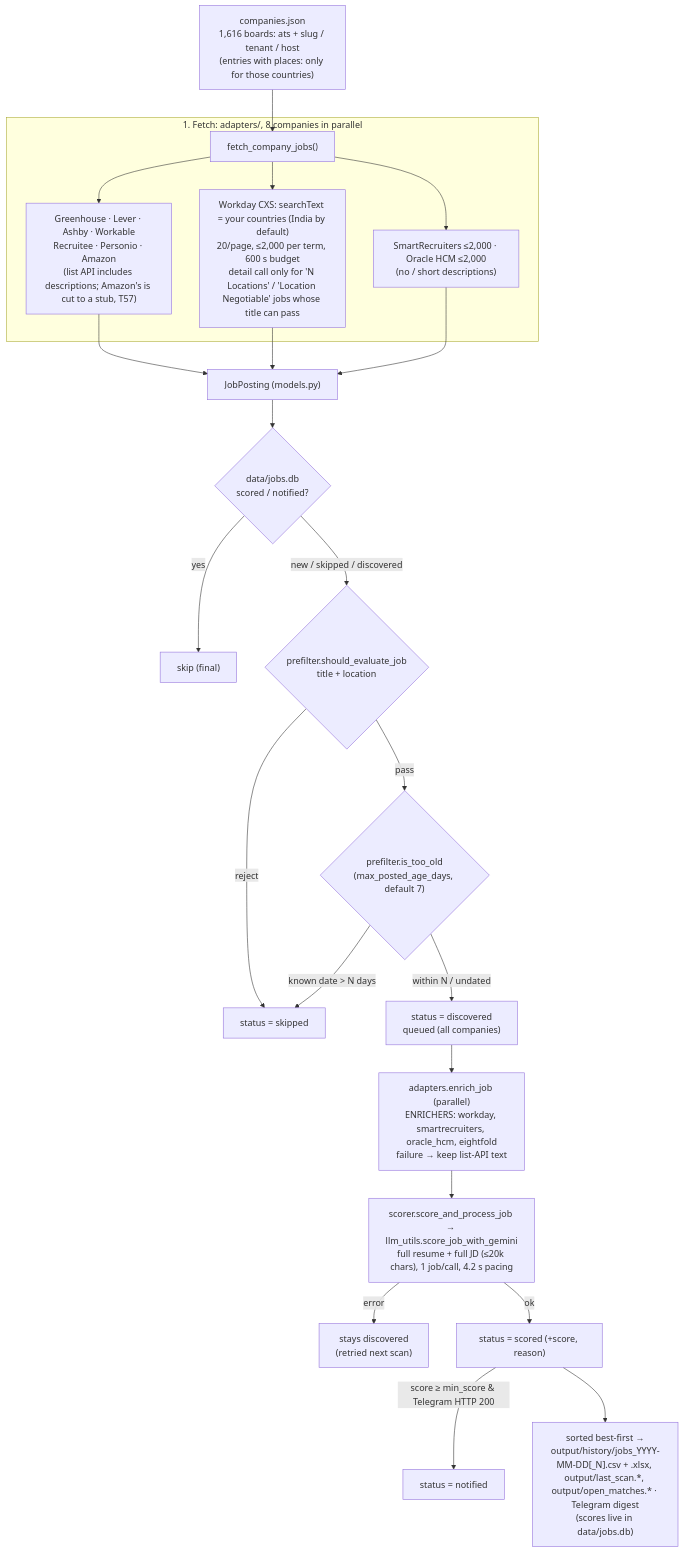
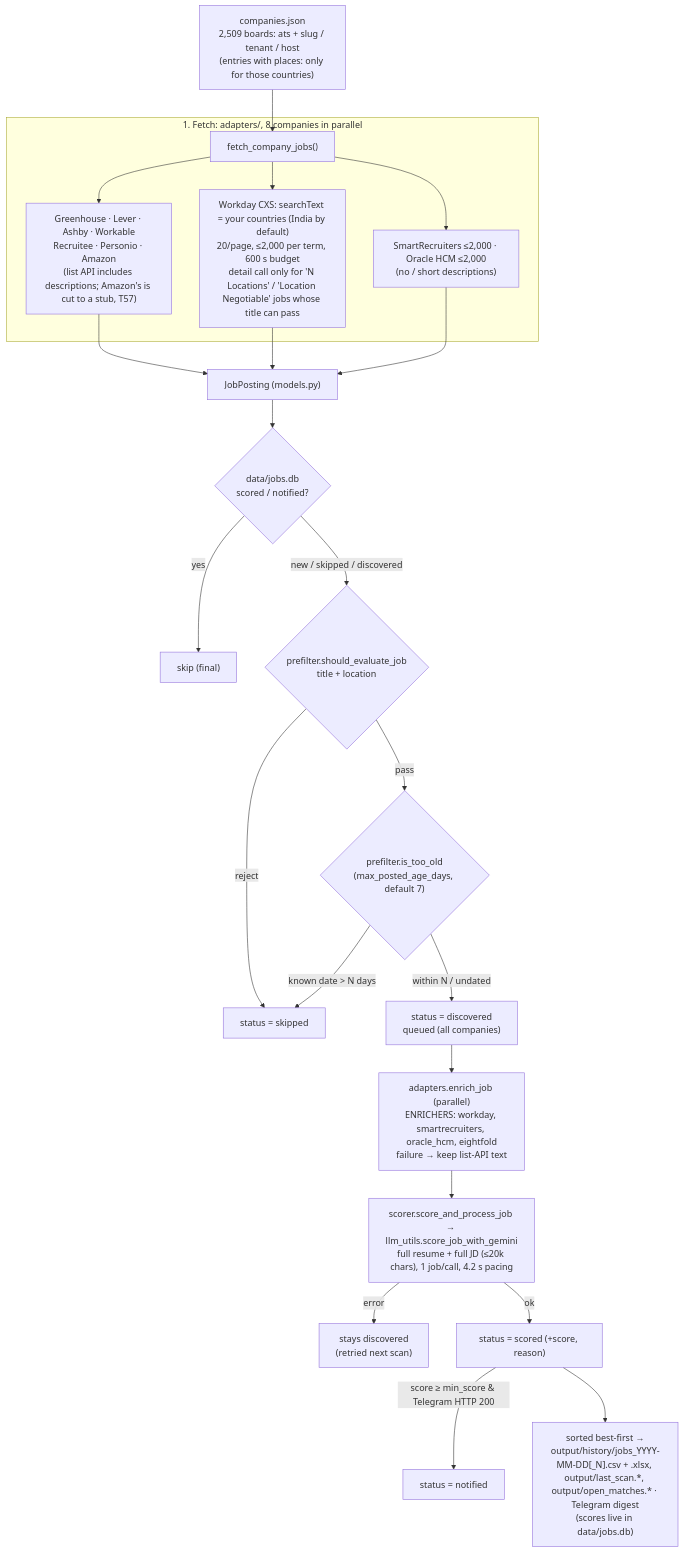
Before and after one commit to Manish814142/rolesight: the diagram in ARCHITECTURE.md, drawn with Mermaid. The commit also changed 14 other files, not shown here.

First line of the commit message:
T144: companies.json 1,647 -> 2,509: 862 companies for other countries, each with visa-sponsor evidence; visa records 1,674 of 2,509

````diff
--- a/ARCHITECTURE.md
+++ b/ARCHITECTURE.md
@@ -19,25 +19,25 @@
 ```mermaid
 flowchart TD
-    COMP["companies.json<br/>1,616 boards: ats + slug / tenant / host<br/>(entries with places: only for those countries)"] --> FETCH
+    COMP["companies.json<br/>2,509 boards: ats + slug / tenant / host<br/>(entries with places: only for those countries)"] --> FETCH
     subgraph Fetch ["1. Fetch: adapters/, 8 companies in parallel"]
         FETCH["fetch_company_jobs()"] --> LISTAPI["Greenhouse · Lever · Ashby · Workable<br/>Recruitee · Personio · Amazon<br/>(list API includes descriptions; Amazon's is cut to a stub, T57)"]
         FETCH --> WD["Workday CXS: searchText = your countries (India by default)<br/>20/page, ≤2,000 per term, 600 s budget<br/>detail call only for 'N Locations' / 'Location Negotiable' jobs whose title can pass"]
         FETCH --> SROH["SmartRecruiters ≤2,000 · Oracle HCM ≤2,000<br/>(no / short descriptions)"]
     end
     LISTAPI --> JP["JobPosting (models.py)"]
     WD --> JP
     SROH --> JP
     JP --> DEDUP{"data/jobs.db<br/>scored / notified?"}
     DEDUP -- yes --> SKIPF["skip (final)"]
     DEDUP -- "new / skipped / discovered" --> PF{"prefilter.should_evaluate_job<br/>title + location"}
     PF -- reject --> SKIPPED["status = skipped"]
     PF -- pass --> AGE{"prefilter.is_too_old<br/>(max_posted_age_days, default 7)"}
     AGE -- "known date > N days" --> SKIPPED
     AGE -- "within N / undated" --> QUEUE["status = discovered<br/>queued (all companies)"]
     QUEUE --> ENRICH["adapters.enrich_job (parallel)<br/>ENRICHERS: workday, smartrecruiters, oracle_hcm, eightfold<br/>failure → keep list-API text"]
     ENRICH --> SCORE["scorer.score_and_process_job → llm_utils.score_job_with_gemini<br/>full resume + full JD (≤20k chars), 1 job/call, 4.2 s pacing"]
     SCORE -- error --> DISC["stays discovered<br/>(retried next scan)"]
     SCORE -- ok --> SCORED["status = scored (+score, reason)"]
     SCORED -- "score ≥ min_score & Telegram HTTP 200" --> NOTIFIED["status = notified"]
     SCORED --> OUT["sorted best-first →<br/>output/history/jobs_YYYY-MM-DD[_N].csv + .xlsx, output/last_scan.*, output/open_matches.* · Telegram digest<br/>(scores live in data/jobs.db)"]
 ```
````
